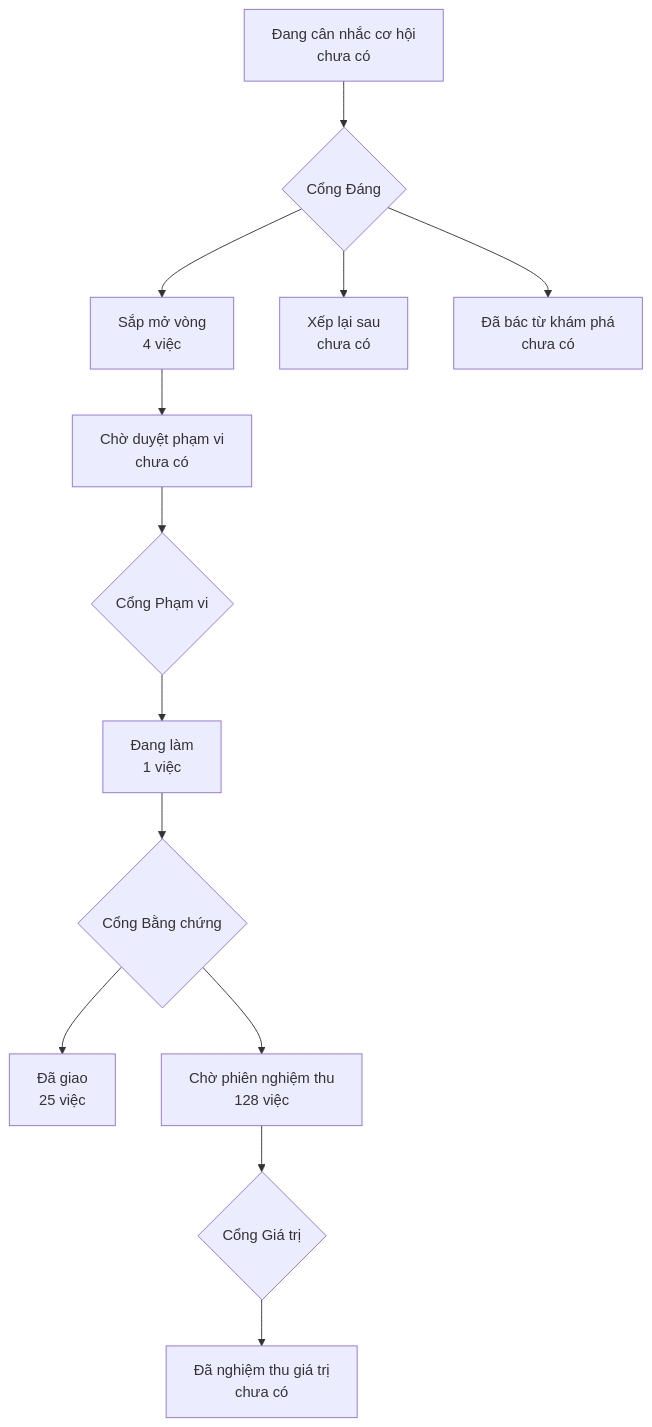
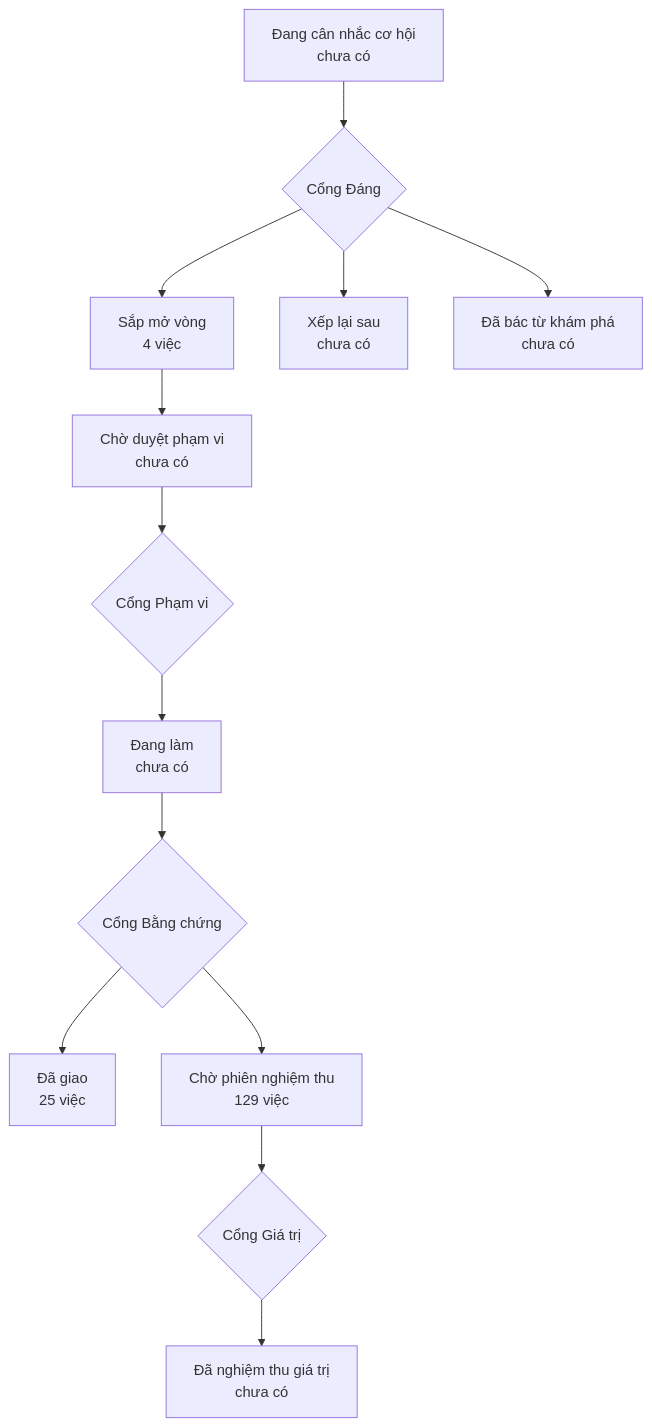
Before and after one commit to phanlemanh/onehub-quy-hang: the diagram in PRODUCT-MAP.md, drawn with Mermaid. The commit also changed other lines of this file and 4 other files, not shown here.

````diff
--- a/PRODUCT-MAP.md
+++ b/PRODUCT-MAP.md
@@ -7,12 +7,12 @@
 ```mermaid
 flowchart TD
   A["Đang cân nhắc cơ hội<br/>chưa có"] --> GD{"Cổng Đáng"}
   GD --> B["Sắp mở vòng<br/>4 việc"]
   GD --> XL["Xếp lại sau<br/>chưa có"]
   GD --> DB["Đã bác từ khám phá<br/>chưa có"]
   B --> CD["Chờ duyệt phạm vi<br/>chưa có"] --> GP{"Cổng Phạm vi"}
-  GP --> DL["Đang làm<br/>1 việc"] --> GB{"Cổng Bằng chứng"}
+  GP --> DL["Đang làm<br/>chưa có"] --> GB{"Cổng Bằng chứng"}
   GB --> DG["Đã giao<br/>25 việc"]
-  GB --> CN["Chờ phiên nghiệm thu<br/>128 việc"] --> GG{"Cổng Giá trị"}
+  GB --> CN["Chờ phiên nghiệm thu<br/>129 việc"] --> GG{"Cổng Giá trị"}
   GG --> NT["Đã nghiệm thu giá trị<br/>chưa có"]
 ```
````
